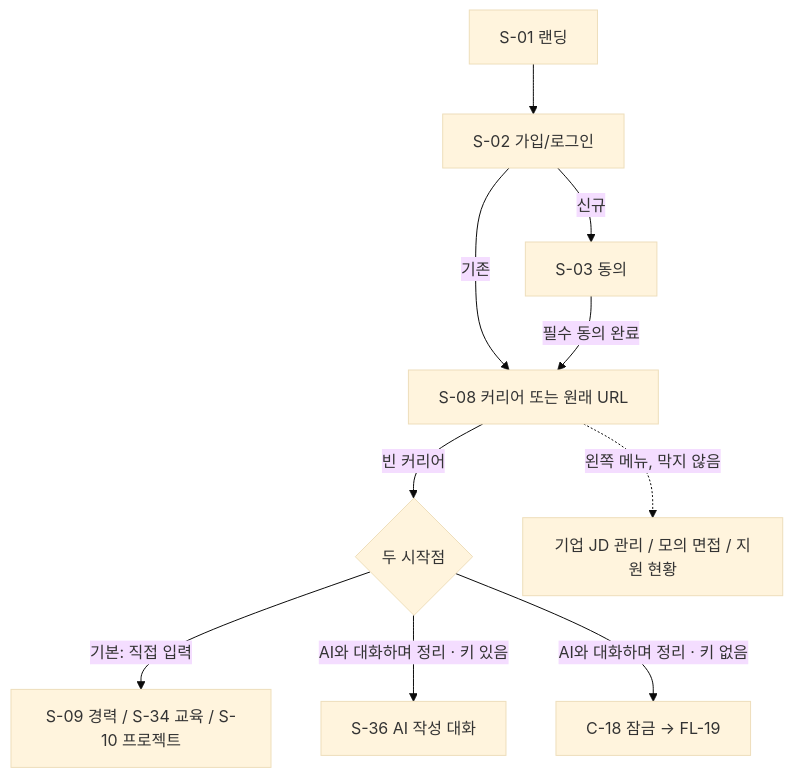
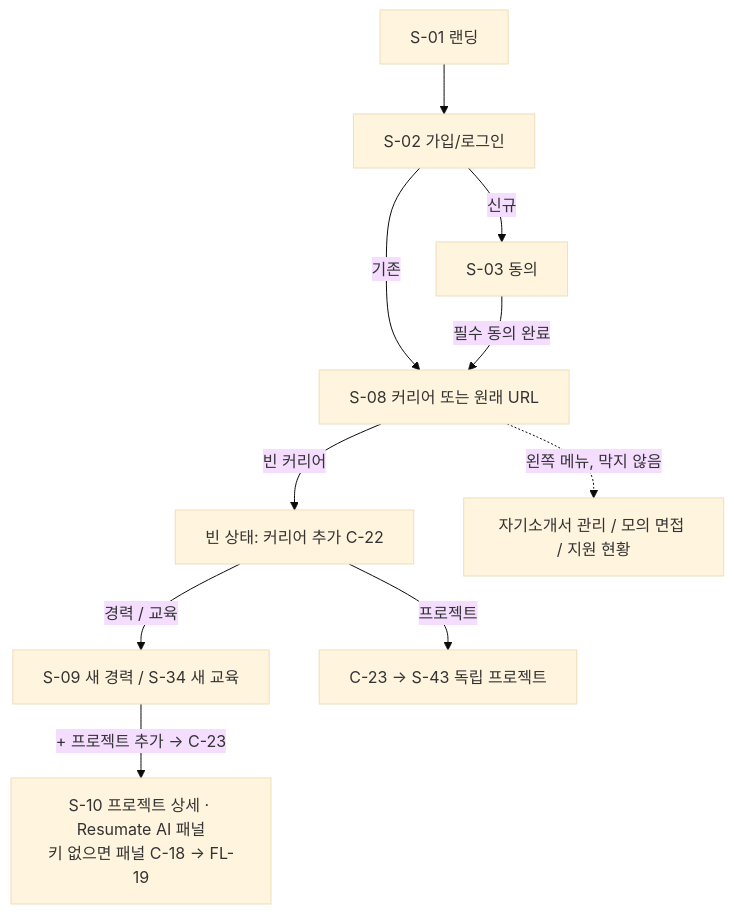
Before and after one commit to j-hyunn/resumate: the second of 20 diagrams in docs/planning/02-user-flows.md, drawn with Mermaid (base theme). The commit also changed other lines of this file and 11 other files, not shown here.

````diff
--- a/docs/planning/02-user-flows.md
+++ b/docs/planning/02-user-flows.md
@@ -233,12 +245,12 @@
 ```mermaid
 flowchart TD
   A[S-01 랜딩] --> B[S-02 가입/로그인]
   B -->|신규| C[S-03 동의]
   B -->|기존| D[S-08 커리어 또는 원래 URL]
   C -->|필수 동의 완료| D
-  D -->|빈 커리어| E{두 시작점}
-  E -->|기본: 직접 입력| G[S-09 경력 / S-34 교육 / S-10 프로젝트]
-  E -->|AI와 대화하며 정리 · 키 있음| F[S-36 AI 작성 대화]
-  E -->|AI와 대화하며 정리 · 키 없음| L[C-18 잠금 → FL-19]
-  D -.왼쪽 메뉴, 막지 않음.-> H[기업 JD 관리 / 모의 면접 / 지원 현황]
+  D -->|빈 커리어| E[빈 상태: 커리어 추가 C-22]
+  E -->|경력 / 교육| G[S-09 새 경력 / S-34 새 교육]
+  E -->|프로젝트| G2[C-23 → S-43 독립 프로젝트]
+  G -->|+ 프로젝트 추가 → C-23| P[S-10 프로젝트 상세 · Resumate AI 패널<br/>키 없으면 패널 C-18 → FL-19]
+  D -.왼쪽 메뉴, 막지 않음.-> H[자기소개서 관리 / 모의 면접 / 지원 현황]
 ```
````
